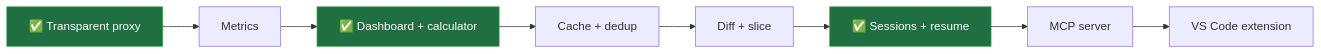
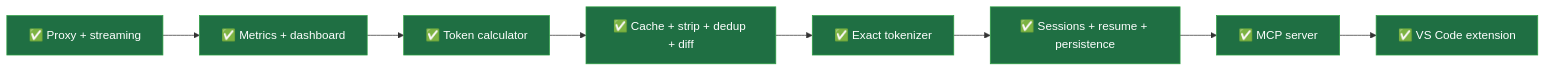
One commit to aliarsalan177/throttle.ai changed the sixth of 6 diagrams in README.md. Above: the diagram before and after it, drawn with Mermaid. The commit also changed other lines of this file and 38 other files, not shown here.

First line of the commit message:
Add VS Code extension scaffold and update docs

````diff
--- a/README.md
+++ b/README.md
@@ -259,7 +286,12 @@
 ```mermaid
 flowchart LR
-    A["✅ Transparent proxy"] --> B["Metrics"] --> C["✅ Dashboard + calculator"] --> D["Cache + dedup"] --> E["Diff + slice"] --> F["✅ Sessions + resume"] --> G["MCP server"] --> H["VS Code extension"]
+    A["✅ Proxy + streaming"] --> B["✅ Metrics + dashboard"] --> C["✅ Token calculator"] --> D["✅ Cache + strip + dedup + diff"] --> E["✅ Exact tokenizer"] --> F["✅ Sessions + resume + persistence"] --> G["✅ MCP server"] --> H["✅ VS Code extension"]
     style A fill:#1f6f43,stroke:#2ea043,color:#fff
+    style B fill:#1f6f43,stroke:#2ea043,color:#fff
     style C fill:#1f6f43,stroke:#2ea043,color:#fff
+    style D fill:#1f6f43,stroke:#2ea043,color:#fff
+    style E fill:#1f6f43,stroke:#2ea043,color:#fff
     style F fill:#1f6f43,stroke:#2ea043,color:#fff
+    style G fill:#1f6f43,stroke:#2ea043,color:#fff
+    style H fill:#1f6f43,stroke:#2ea043,color:#fff
 ```
````
